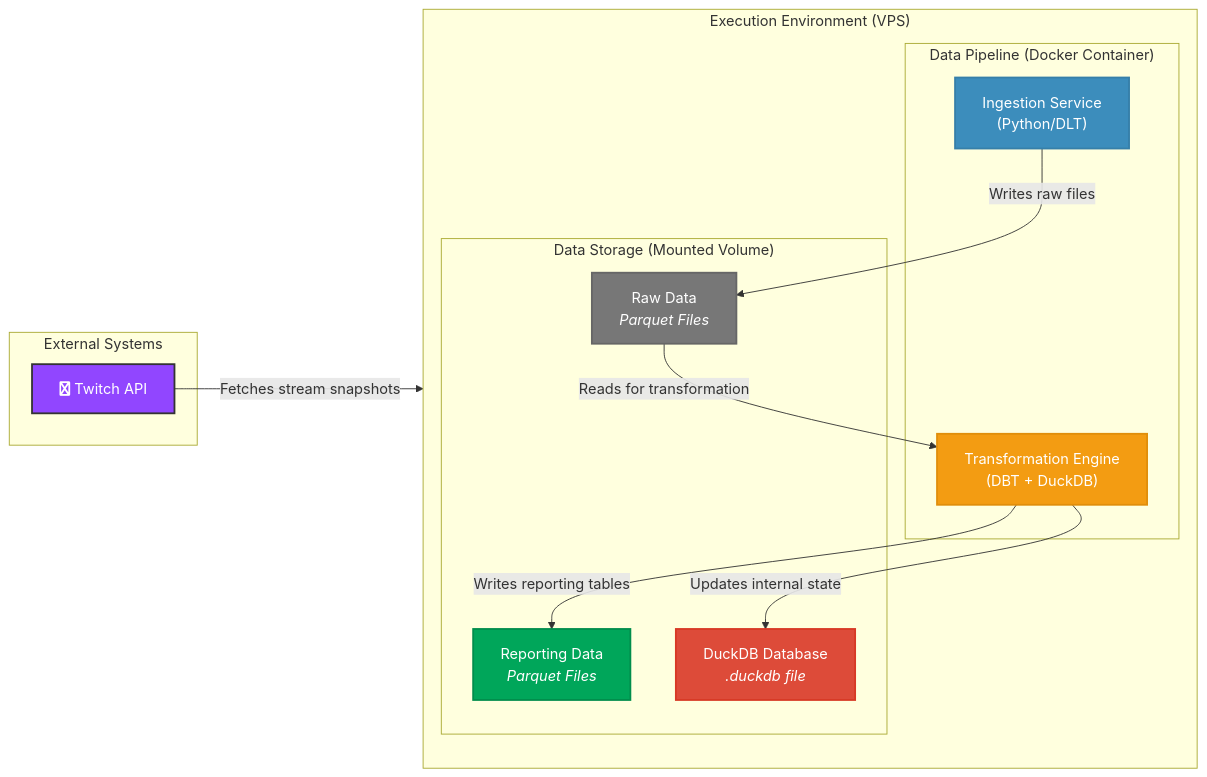
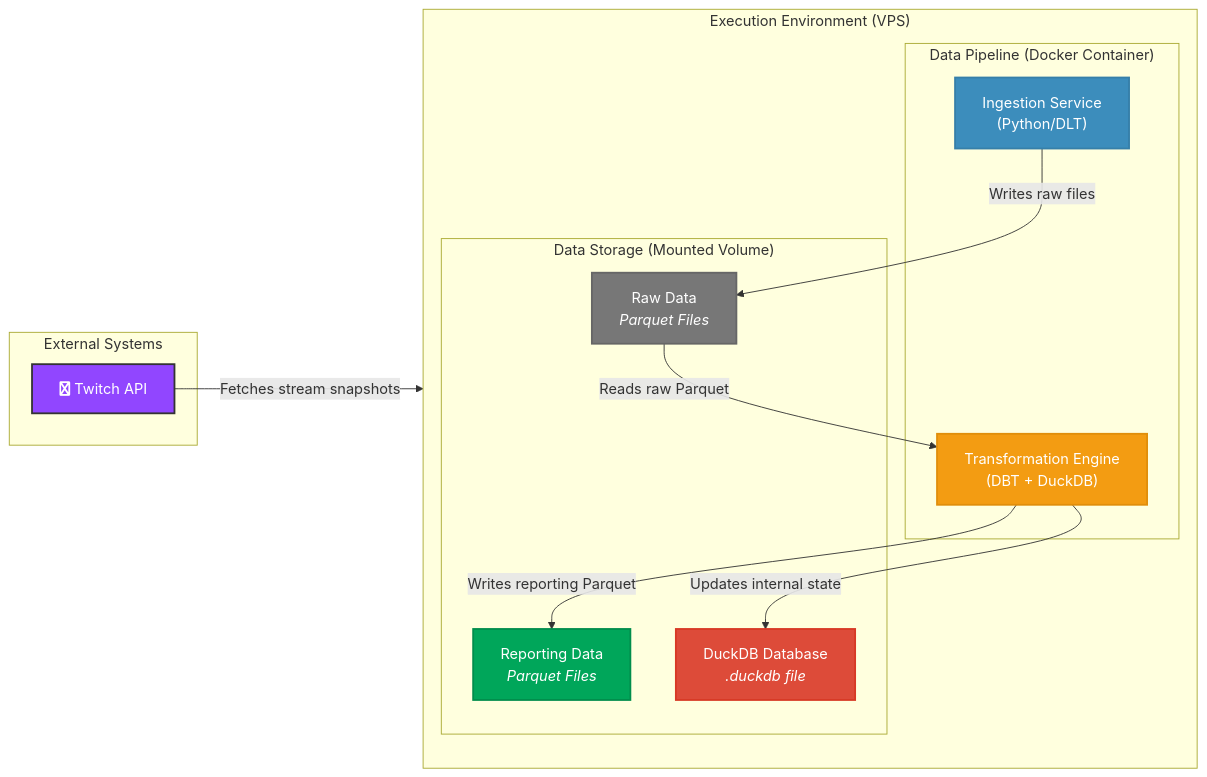
Before and after one commit to gabriellegall/twitch_bi: the first of 2 diagrams in README.md, drawn with Mermaid. The commit also changed other lines of this file, not shown here.

````diff
--- a/README.md
+++ b/README.md
@@ -9,36 +9,36 @@
 ```mermaid
 graph LR;
     %% Define subgraphs for clear boundaries
     subgraph "External Systems"
         A[fa:fa-twitch Twitch API]
     end
 
     subgraph "Execution Environment (VPS)"
         direction TB
         subgraph "Data Pipeline (Docker Container)"
             B["Ingestion Service<br>(Python/DLT)"]
             C["Transformation Engine<br>(DBT + DuckDB)"]
         end
         
         subgraph "Data Storage (Mounted Volume)"
             D["Raw Data<br><i>Parquet Files</i>"]
             E["Reporting Data<br><i>Parquet Files</i>"]
             F["DuckDB Database<br><i>.duckdb file</i>"]
         end
     end
 
     %% Define the data flow with clear labels
     A -- "Fetches stream snapshots" --> B
     B -- "Writes raw files" --> D
-    D -- "Reads for transformation" --> C
-    C -- "Writes reporting tables" --> E
+    D -- "Reads raw Parquet" --> C
+    C -- "Writes reporting Parquet" --> E
     C -- "Updates internal state" --> F
 
     %% Styling for a professional look
     style A fill:#9146FF,stroke:#333,stroke-width:2px,color:#fff
     style B fill:#3c8dbc,stroke:#367fa9,stroke-width:2px,color:white
     style C fill:#f39c12,stroke:#e08e0b,stroke-width:2px,color:white
     style D fill:#777,stroke:#666,stroke-width:2px,color:white
     style E fill:#00a65a,stroke:#008d4c,stroke-width:2px,color:white
     style F fill:#dd4b39,stroke:#d73925,stroke-width:2px,color:white
 ```
````
